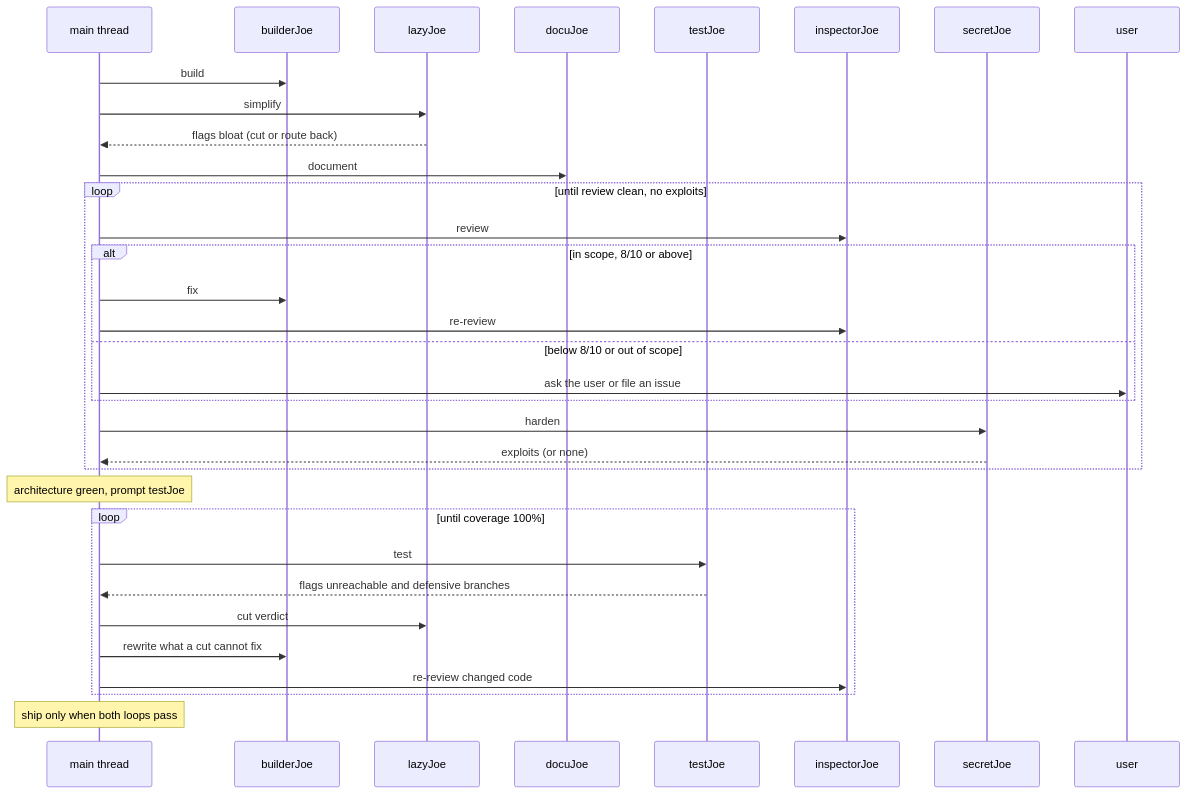
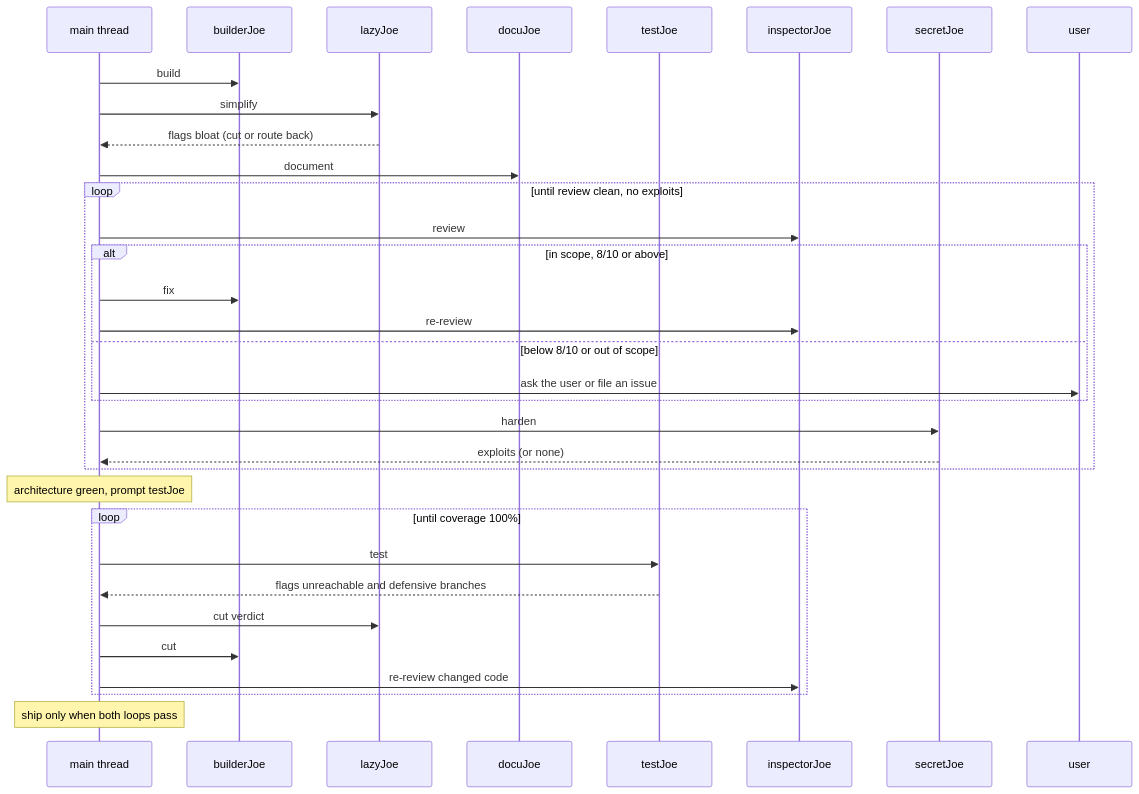
The diagram in skills/superjoe/SKILL.md (codingjoe/superjoe), drawn with Mermaid before and after one commit. The commit also changed other lines of this file and 4 other files, not shown here.

````diff
--- a/skills/superjoe/SKILL.md
+++ b/skills/superjoe/SKILL.md
@@ -135,36 +135,36 @@
 ```mermaid
 sequenceDiagram
     participant Main as main thread
     participant B as builderJoe
     participant L as lazyJoe
     participant D as docuJoe
     participant T as testJoe
     participant I as inspectorJoe
     participant S as secretJoe
     participant U as user
 
     Main->>B: build
     Main->>L: simplify
     L-->>Main: flags bloat (cut or route back)
     Main->>D: document
     loop until review clean, no exploits
         Main->>I: review
         alt in scope, 8/10 or above
             Main->>B: fix
             Main->>I: re-review
         else below 8/10 or out of scope
             Main->>U: ask the user or file an issue
         end
         Main->>S: harden
         S-->>Main: exploits (or none)
     end
     Note over Main: architecture green, prompt testJoe
     loop until coverage 100%
         Main->>T: test
         T-->>Main: flags unreachable and defensive branches
         Main->>L: cut verdict
-        Main->>B: rewrite what a cut cannot fix
+        Main->>B: cut
         Main->>I: re-review changed code
     end
     Note over Main: ship only when both loops pass
 ```
````
